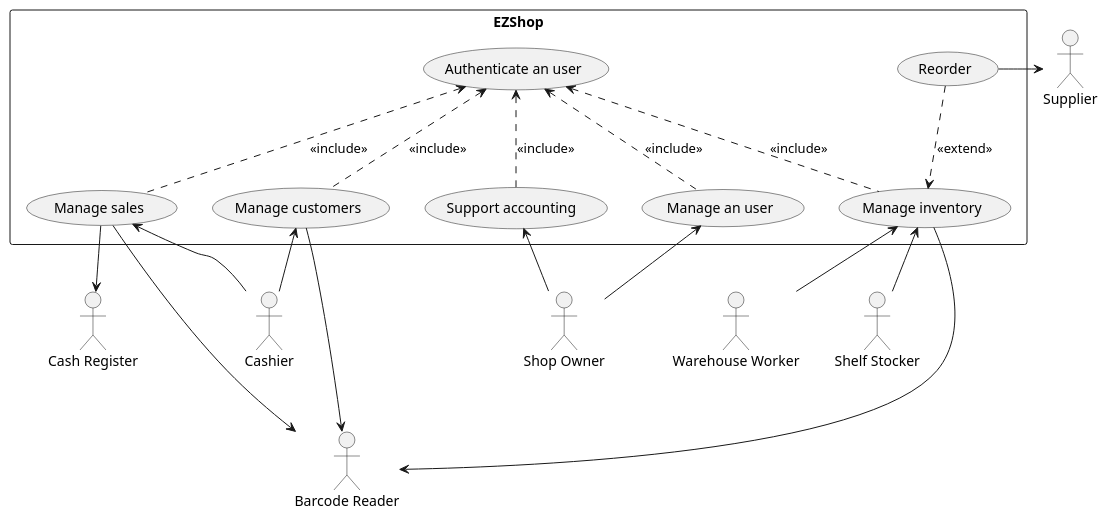
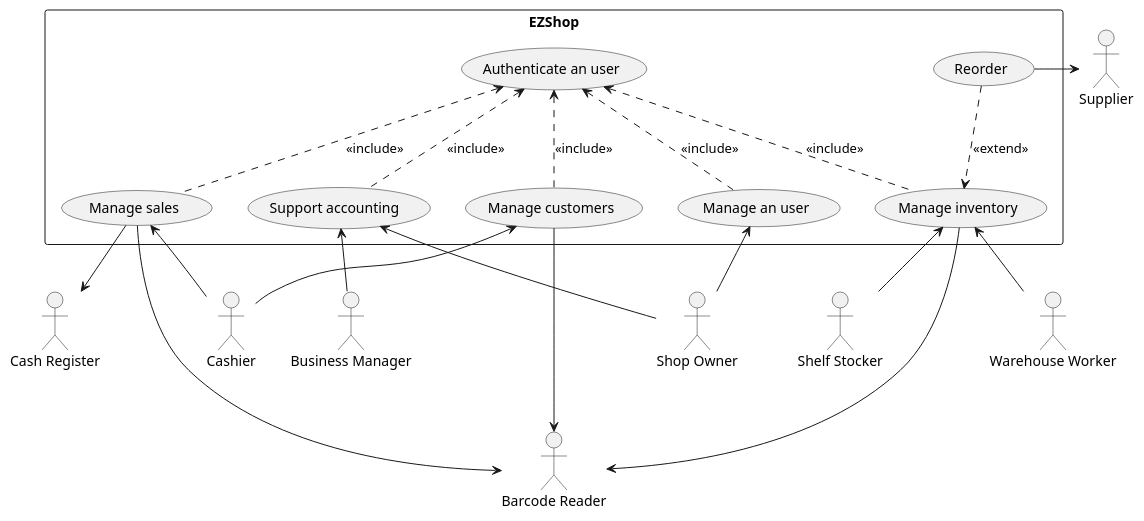
One commit to gioele-scaletta/EZShop-Software-Engineering-Project changed the second of 5 diagrams in Deliverables/RequirementsDocument.md. Above: the diagram before and after it, drawn with PlantUML. The commit also changed other lines of this file, not shown here.

````diff
--- a/Deliverables/RequirementsDocument.md
+++ b/Deliverables/RequirementsDocument.md
@@ -164,44 +169,47 @@
 ```plantuml
 actor "Shop Owner" as so
 actor "Cashier" as c
 actor "Warehouse Worker" as ww
 actor "Shelf Stocker" as ss
 actor "Barcode Reader" as br
 actor "Cash Register" as cr
 actor "Supplier" as s
+actor "Business Manager" as bm
  
 rectangle EZShop {
     usecase "Authenticate an user" as F1
     usecase "Manage an user" as F2
     usecase "Manage sales" as F3
     usecase "Manage inventory" as F4
     usecase "Reorder" as F4.4
     usecase "Manage customers" as F5
     usecase "Support accounting " as F6
 }
  
 F1 <.. F2 : <<include>>
 F1 <.. F3 : <<include>>
 F1 <.. F4 : <<include>>
 F1 <.. F5 : <<include>>
 F1 <.. F6 : <<include>>
  
 F4.4 ..> F4 : <<extend>>
  
 F2 <-- so
  
 F3 <-- c
 F3 --> cr
 F3 ---> br
  
 F4 ---> br
 F4 <-- ww
 F4 <-- ss
  
 F4.4 -> s
  
 F5 <-- c
 F5 ---> br
  
+F6 <-- bm
 F6 <-- so
+
 ```
````
